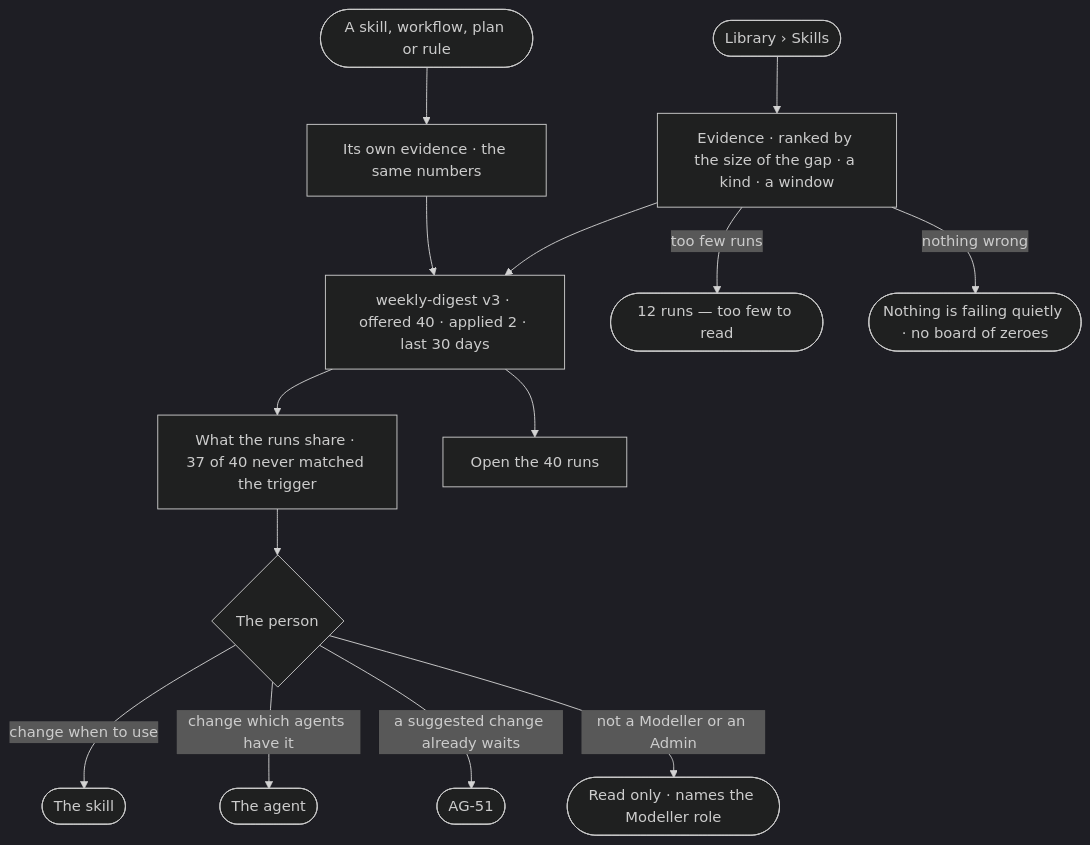
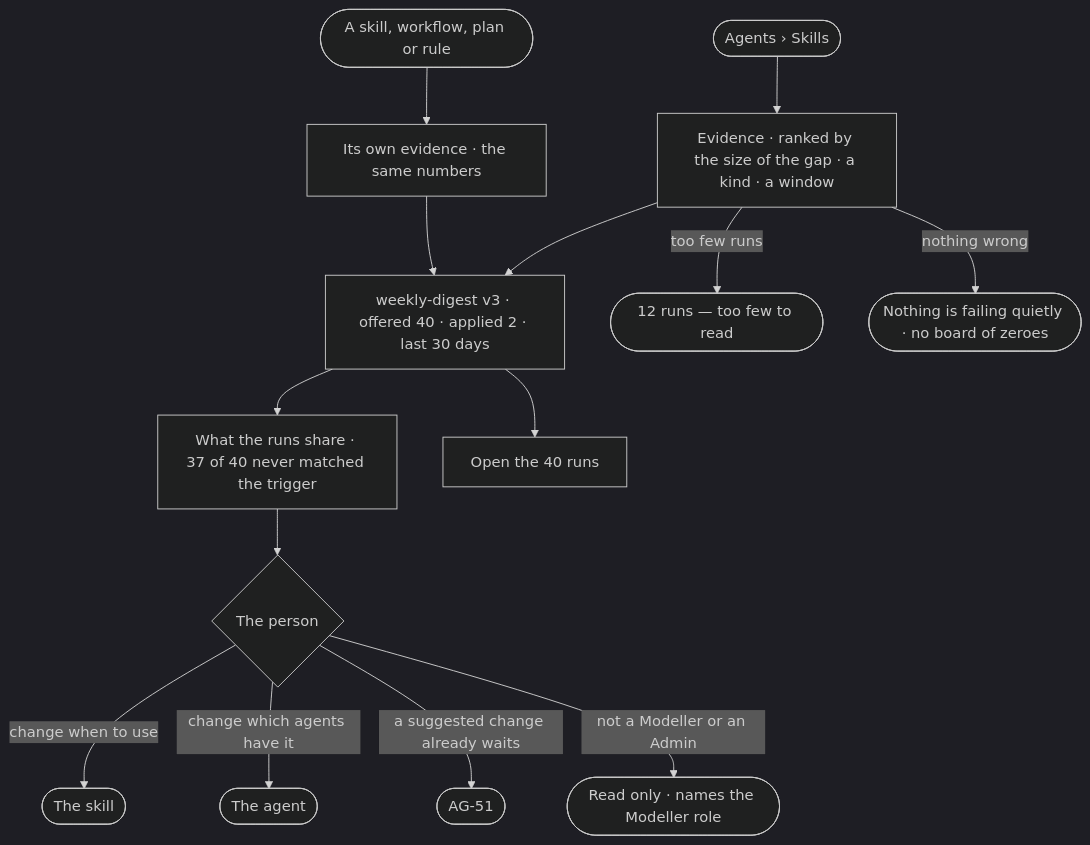
Before and after one commit to invana/invana: the diagram in specs/capabilities/agents/features/AG-F09-learn-from-memory/stories/AG-49-see-what-is-failing-quietly/story.md, drawn with Mermaid (dark theme). The commit also changed other lines of this file and 106 other files, not shown here.

````diff
--- a/specs/capabilities/agents/features/AG-F09-learn-from-memory/stories/AG-49-see-what-is-failing-quietly/story.md
+++ b/specs/capabilities/agents/features/AG-F09-learn-from-memory/stories/AG-49-see-what-is-failing-quietly/story.md
@@ -29,16 +29,16 @@
 ```mermaid
 flowchart TD
-  a([Library › Skills]) --> e["Evidence · ranked by the size of the gap · a kind · a window"]
+  a([Agents › Skills]) --> e["Evidence · ranked by the size of the gap · a kind · a window"]
   s([A skill, workflow, plan or rule]) --> e2["Its own evidence · the same numbers"]
   e --> c["weekly-digest v3 · offered 40 · applied 2 · last 30 days"]
   e2 --> c
   c --> sh["What the runs share · 37 of 40 never matched the trigger"]
   c --> r["Open the 40 runs"]
   sh --> d{The person}
   d -->|change when to use| sk(["The skill"])
   d -->|change which agents have it| ag(["The agent"])
   d -->|a suggested change already waits| sg(["AG-51"])
   d -->|not a Modeller or an Admin| ro(["Read only · names the Modeller role"])
   e -->|too few runs| few(["12 runs — too few to read"])
   e -->|nothing wrong| ok(["Nothing is failing quietly · no board of zeroes"])
 ```
````
